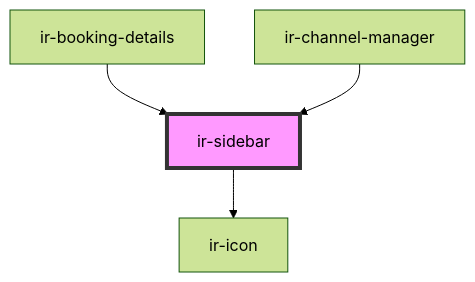
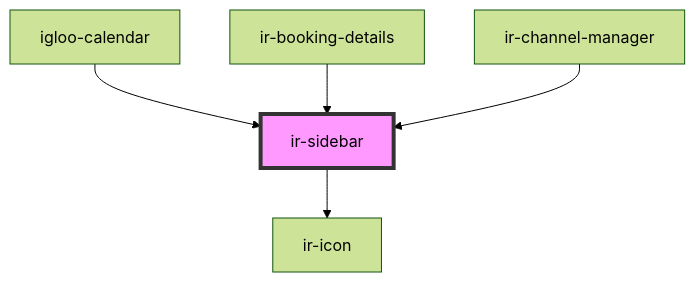
The diagram in src/components/ir-sidebar/readme.md (David1Chowaifaty/modified-ir-webcmp), drawn with Mermaid (forest theme) before and after one commit. The commit also changed other lines of this file and 17 other files, not shown here.

````diff
--- a/src/components/ir-sidebar/readme.md
+++ b/src/components/ir-sidebar/readme.md
@@ -49,7 +51,8 @@
 ```mermaid
 graph TD;
   ir-sidebar --> ir-icon
+  igloo-calendar --> ir-sidebar
   ir-booking-details --> ir-sidebar
   ir-channel-manager --> ir-sidebar
   style ir-sidebar fill:#f9f,stroke:#333,stroke-width:4px
 ```
````
